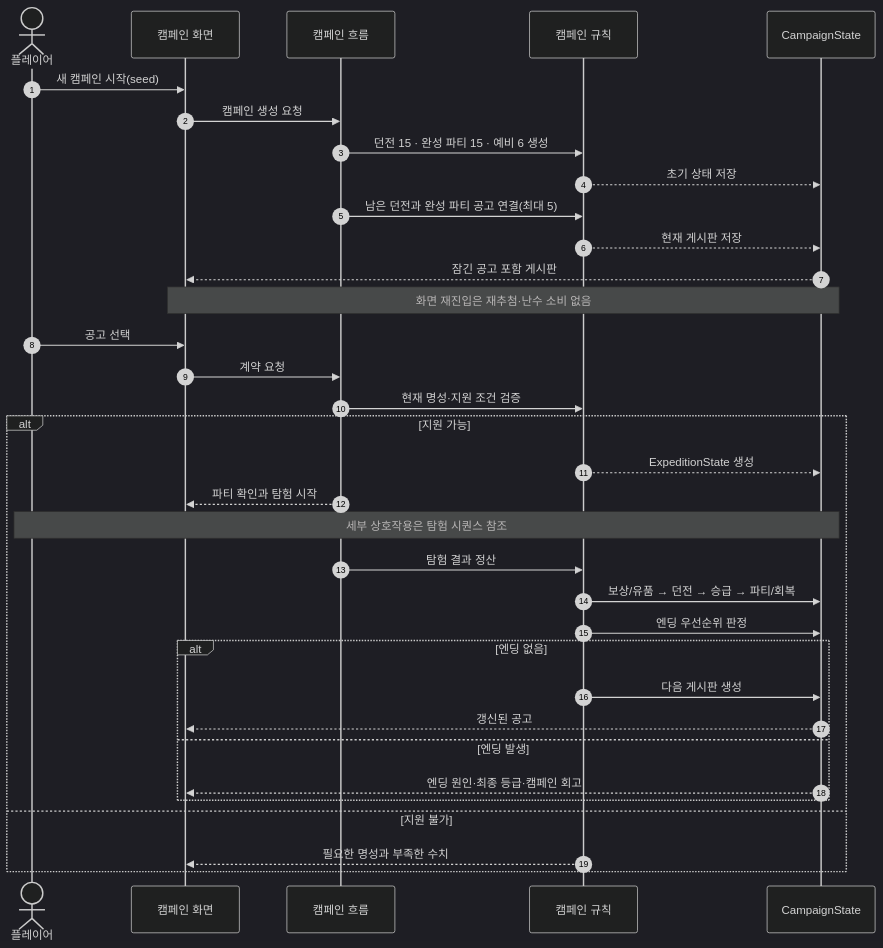
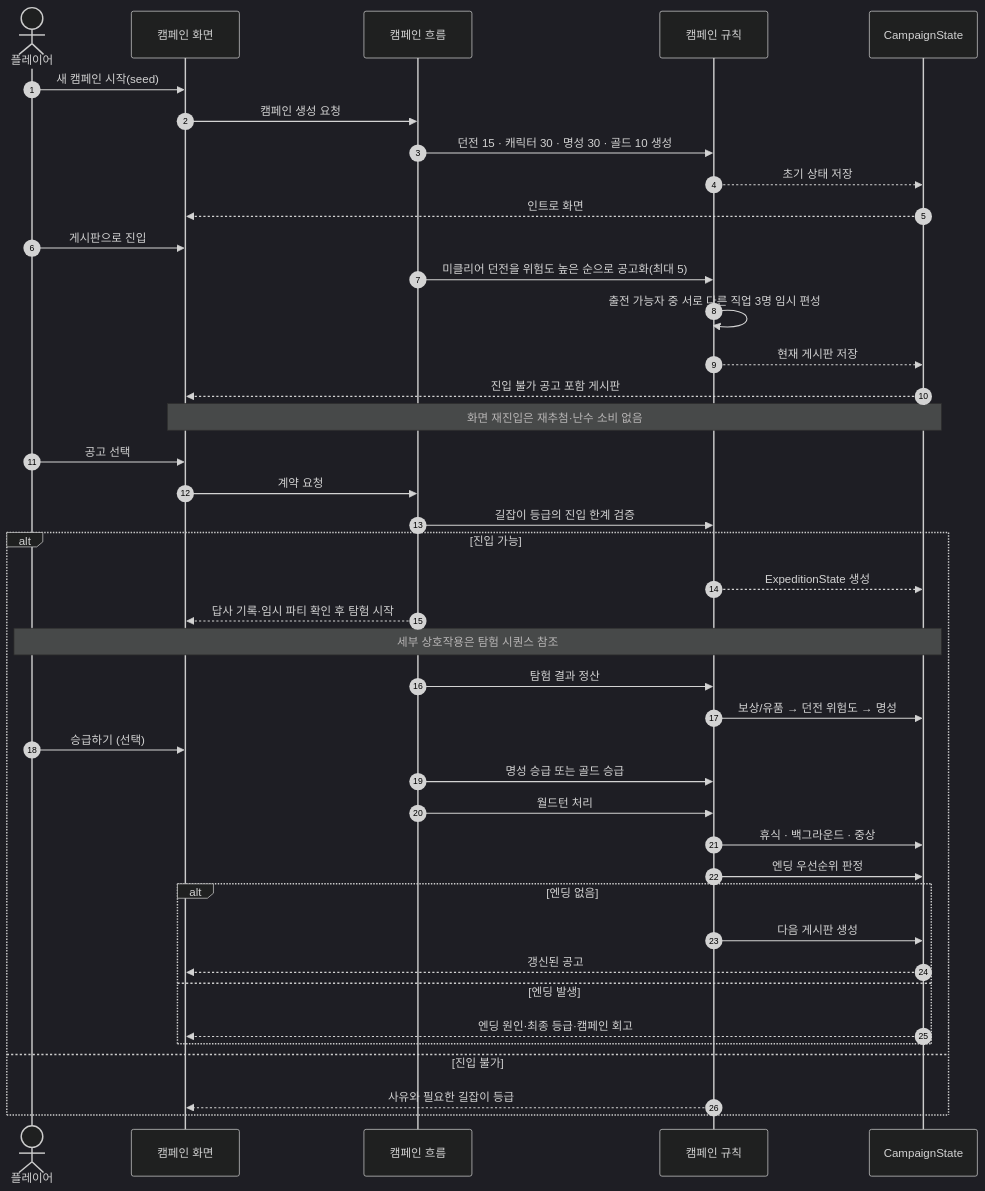
The diagram in docs/diagram/campaign-sequence.md (LatteBun/Dungeon_Schemer), drawn with Mermaid (dark theme) before and after one commit. The commit also changed other lines of this file and 10 other files, not shown here.

First line of the commit message:
문서: 색인·회의록·다이어그램 md를 새 문서 집합에 맞춘다

````diff
--- a/docs/diagram/campaign-sequence.md
+++ b/docs/diagram/campaign-sequence.md
@@ -10,36 +10,43 @@
 ```mermaid
 sequenceDiagram
     autonumber
     actor Player as 플레이어
     participant UI as 캠페인 화면
     participant Flow as 캠페인 흐름
     participant Rules as 캠페인 규칙
     participant State as CampaignState
     Player->>UI: 새 캠페인 시작(seed)
     UI->>Flow: 캠페인 생성 요청
-    Flow->>Rules: 던전 15 · 완성 파티 15 · 예비 6 생성
+    Flow->>Rules: 던전 15 · 캐릭터 30 · 명성 30 · 골드 10 생성
     Rules-->>State: 초기 상태 저장
-    Flow->>Rules: 남은 던전과 완성 파티 공고 연결(최대 5)
+    State-->>UI: 인트로 화면
+    Player->>UI: 게시판으로 진입
+    Flow->>Rules: 미클리어 던전을 위험도 높은 순으로 공고화(최대 5)
+    Rules->>Rules: 출전 가능자 중 서로 다른 직업 3명 임시 편성
     Rules-->>State: 현재 게시판 저장
-    State-->>UI: 잠긴 공고 포함 게시판
+    State-->>UI: 진입 불가 공고 포함 게시판
     Note over UI,State: 화면 재진입은 재추첨·난수 소비 없음
     Player->>UI: 공고 선택
     UI->>Flow: 계약 요청
-    Flow->>Rules: 현재 명성·지원 조건 검증
-    alt 지원 가능
+    Flow->>Rules: 길잡이 등급의 진입 한계 검증
+    alt 진입 가능
         Rules-->>State: ExpeditionState 생성
-        Flow-->>UI: 파티 확인과 탐험 시작
+        Flow-->>UI: 답사 기록·임시 파티 확인 후 탐험 시작
         Note over Player,State: 세부 상호작용은 탐험 시퀀스 참조
         Flow->>Rules: 탐험 결과 정산
-        Rules->>State: 보상/유품 → 던전 → 승급 → 파티/회복
+        Rules->>State: 보상/유품 → 던전 위험도 → 명성
+        Player->>UI: 승급하기 (선택)
+        Flow->>Rules: 명성 승급 또는 골드 승급
+        Flow->>Rules: 월드턴 처리
+        Rules->>State: 휴식 · 백그라운드 · 중상
         Rules->>State: 엔딩 우선순위 판정
         alt 엔딩 없음
             Rules->>State: 다음 게시판 생성
             State-->>UI: 갱신된 공고
         else 엔딩 발생
             State-->>UI: 엔딩 원인·최종 등급·캠페인 회고
         end
-    else 지원 불가
-        Rules-->>UI: 필요한 명성과 부족한 수치
+    else 진입 불가
+        Rules-->>UI: 사유와 필요한 길잡이 등급
     end
 ```
````
